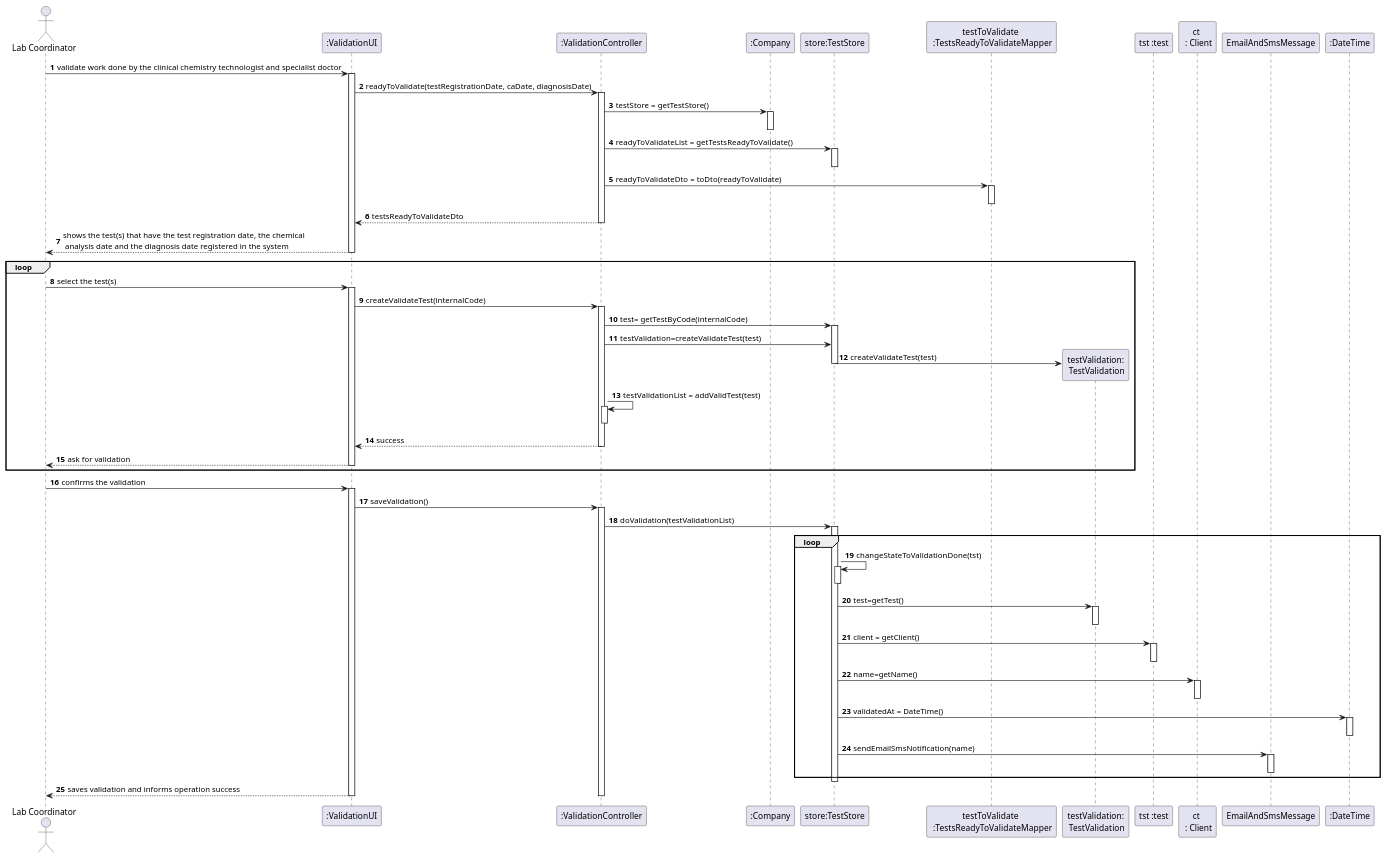
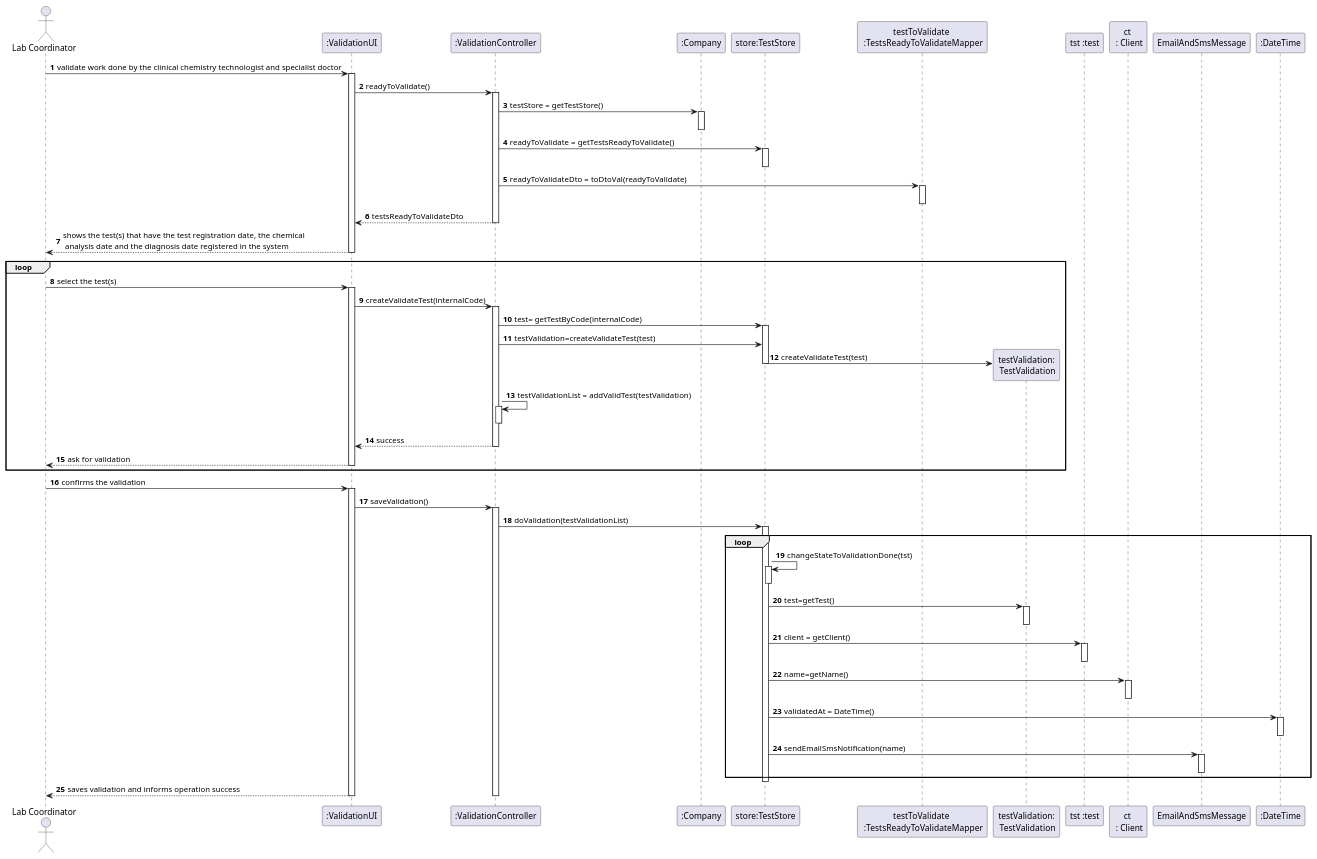
The diagram in docs/SprintC/US15/UC15_SD.puml (GuilhermeCunha79/lapr2), drawn with PlantUML before and after one commit. The commit also changed 6 other files, not shown here.

```diff
--- a/docs/SprintC/US15/UC15_SD.puml
+++ b/docs/SprintC/US15/UC15_SD.puml
@@ -1,95 +1,95 @@
 @startuml
 autonumber
 'hide footbox
 actor "Lab Coordinator" as LC
 
 participant ":ValidationUI" as UI
 participant ":ValidationController" as CTRL
 participant ":Company" as C
 participant "store:TestStore" as TS
 participant "testToValidate \n :TestsReadyToValidateMapper" as TVM
 participant "testValidation:\n TestValidation" as TV
 participant "tst :test" as TST
 participant "ct \n : Client" as CT
 participant "EmailAndSmsMessage" as EM
 participant ":DateTime" as DT
 
 LC -> UI : validate work done by the clinical chemistry technologist and specialist doctor
 activate UI
-    UI -> CTRL : readyToValidate(testRegistrationDate, caDate, diagnosisDate)
+    UI -> CTRL : readyToValidate()
     activate CTRL
     CTRL -> C : testStore = getTestStore()
     activate C
     deactivate C
-    CTRL -> TS : readyToValidateList = getTestsReadyToValidate()
+    CTRL -> TS : readyToValidate = getTestsReadyToValidate()
     activate TS
     deactivate TS
-    CTRL -> TVM : readyToValidateDto = toDto(readyToValidate)
+    CTRL -> TVM : readyToValidateDto = toDtoVal(readyToValidate)
     activate TVM
     deactivate TVM
     deactivate TVM
     CTRL --> UI : testsReadyToValidateDto
     deactivate CTRL
     UI --> LC : shows the test(s) that have the test registration date, the chemical\n analysis date and the diagnosis date registered in the system
 deactivate UI
 loop
 LC -> UI : select the test(s)
 activate UI
 
 UI -> CTRL : createValidateTest(internalCode)
 activate CTRL
 CTRL -> TS : test= getTestByCode(internalCode)
 activate TS
 CTRL -> TS : testValidation=createValidateTest(test)
 TS-> TV** : createValidateTest(test)
 deactivate TS
 
 
 
-CTRL -> CTRL : testValidationList = addValidTest(test)
+CTRL -> CTRL : testValidationList = addValidTest(testValidation)
 activate CTRL
 deactivate CTRL
 CTRL --> UI : success
 deactivate CTRL
 
     UI --> LC : ask for validation
     deactivate CTRL
 deactivate UI
 end
 LC -> UI : confirms the validation
 activate UI
     UI -> CTRL : saveValidation()
     activate CTRL
     CTRL -> TS : doValidation(testValidationList)
     loop
     activate TS
     TS -> TS : changeStateToValidationDone(tst)
     activate TS
     deactivate TS
     TS -> TV : test=getTest()
     activate TV
     deactivate TV
     TS -> TST : client = getClient()
     activate TST
     deactivate TST
     TS -> CT : name=getName()
     activate CT
     deactivate CT
     TS -> DT : validatedAt = DateTime()
     activate DT
         deactivate DT
     TS -> EM : sendEmailSmsNotification(name)
     activate EM
         deactivate EM
    end
 
 
     deactivate TS
 
 
 UI --> LC : saves validation and informs operation success
 deactivate C
 deactivate UI
 deactivate CTRL
 
 @enduml
```
